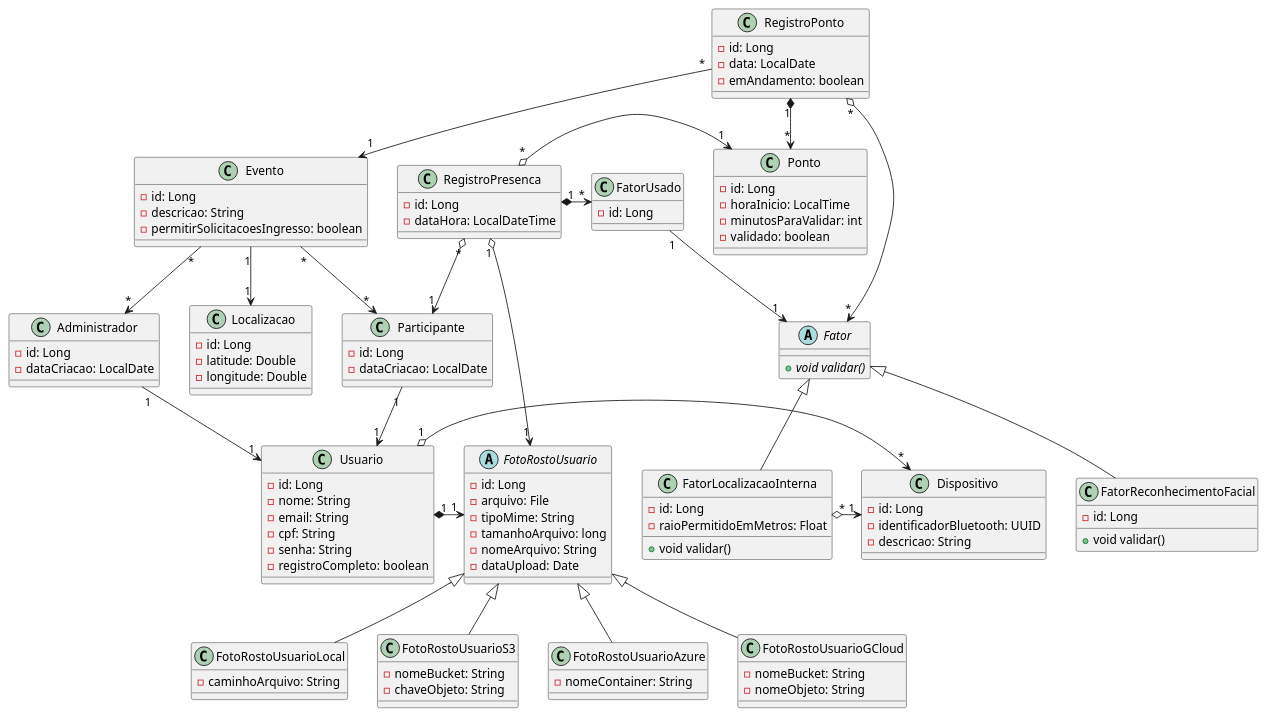
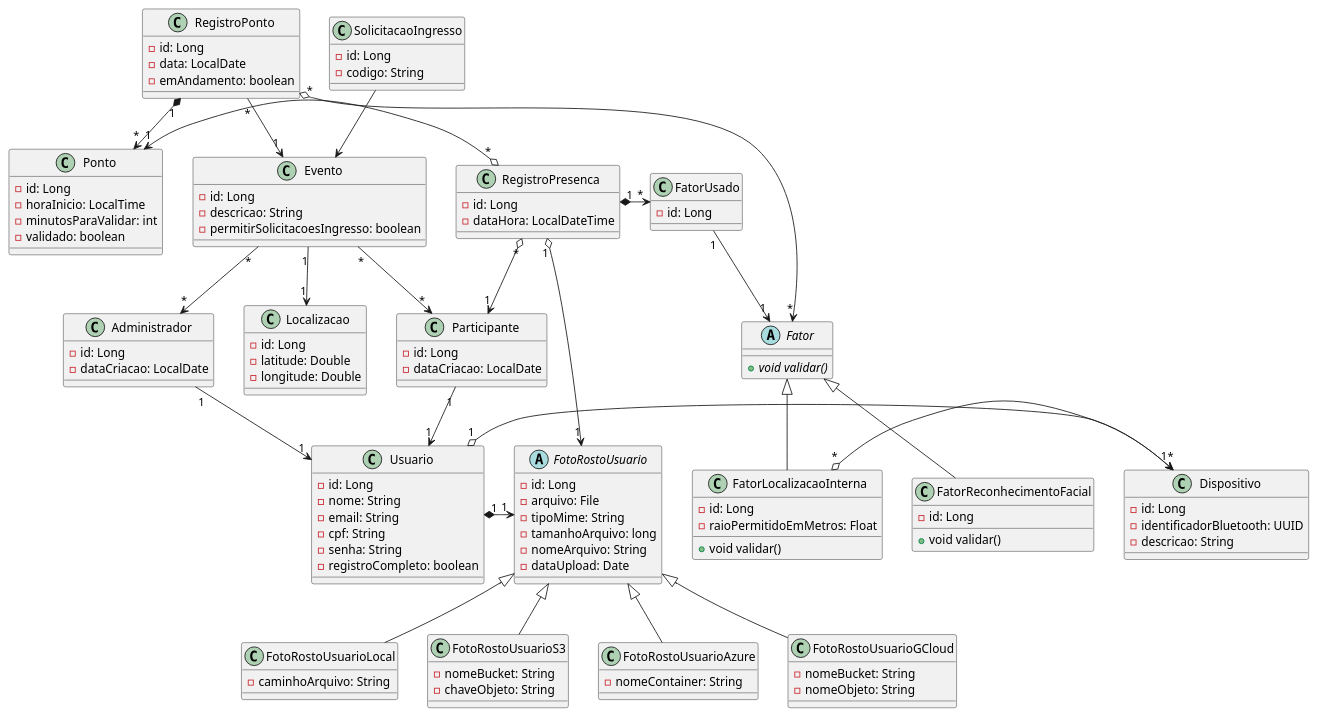
The diagram in backend/diagram-class.plantuml (luan-coelho/faceverify), drawn with PlantUML before and after one commit. The commit also changed 1 other file, not shown here.

```diff
--- a/backend/diagram-class.plantuml
+++ b/backend/diagram-class.plantuml
@@ -1,135 +1,141 @@
 @startuml
 class Usuario {
     - id: Long
     - nome: String
     - email: String
     - cpf: String
     - senha: String
     - registroCompleto: boolean
 }
 
 class Administrador {
     - id: Long
     - dataCriacao: LocalDate
 }
 
 class Participante {
     - id: Long
     - dataCriacao: LocalDate
 }
 
 class Dispositivo {
     - id: Long
     - identificadorBluetooth: UUID
     - descricao: String
 }
 
 abstract class FotoRostoUsuario {
     - id: Long
     - arquivo: File
     - tipoMime: String
     - tamanhoArquivo: long
     - nomeArquivo: String
     - dataUpload: Date
 }
 
 class FatorUsado {
      - id: Long
 }
 
 class FotoRostoUsuarioLocal {
     - caminhoArquivo: String
 }
 
 class FotoRostoUsuarioS3 {
     - nomeBucket: String
     - chaveObjeto: String
 }
 
 class FotoRostoUsuarioAzure {
     - nomeContainer: String
 }
 
 class FotoRostoUsuarioGCloud {
     - nomeBucket: String
     - nomeObjeto: String
 }
 
 class Evento {
     - id: Long
     - descricao: String
     - permitirSolicitacoesIngresso: boolean
 }
 
+class SolicitacaoIngresso {
+    - id: Long
+    - codigo: String
+}
+
 class Localizacao {
     - id: Long
     - latitude: Double
     - longitude: Double
 }
 
 
 class RegistroPonto {
     - id: Long
     - data: LocalDate
     - emAndamento: boolean
 }
 
 class Ponto {
     - id: Long
     - horaInicio: LocalTime
     - minutosParaValidar: int
     - validado: boolean
 }
 
 class RegistroPresenca {
     - id: Long
     - dataHora: LocalDateTime
 }
 
 abstract class Fator {
     + void {abstract} validar()
 }
 
 class FatorReconhecimentoFacial {
     - id: Long
     + void validar()
 }
 
 class FatorLocalizacaoInterna {
     - id: Long
     - raioPermitidoEmMetros: Float
     + void validar()
 }
 
 RegistroPonto "*" --> "1" Evento
 Evento "*" --> "*" Administrador
 Evento "1" --> "1" Localizacao
 Evento "*" --> "*" Participante
+SolicitacaoIngresso --> Evento
 
 RegistroPonto "1" *-> "*" Ponto
 RegistroPonto "*" o-> "*" Fator
 
 RegistroPresenca "*" o-> "1" Participante
 RegistroPresenca "*" o-> "1" Ponto
 RegistroPresenca "1" o-> "1" FotoRostoUsuario
 
 Fator <|-- FatorReconhecimentoFacial
 Fator <|-- FatorLocalizacaoInterna
 
 FatorLocalizacaoInterna "*" o-> "1" Dispositivo
 
 Usuario "1" o-> "*" Dispositivo
 Usuario "1" *-> "1" FotoRostoUsuario
 
 RegistroPresenca "1" *-> "*" FatorUsado
 FatorUsado "1" --> "1" Fator
 
 Administrador "1" --> "1" Usuario
 Participante "1" --> "1" Usuario
 
 FotoRostoUsuario <|-- FotoRostoUsuarioLocal
 FotoRostoUsuario <|-- FotoRostoUsuarioS3
 FotoRostoUsuario <|-- FotoRostoUsuarioAzure
 FotoRostoUsuario <|-- FotoRostoUsuarioGCloud
 
 @enduml
```
